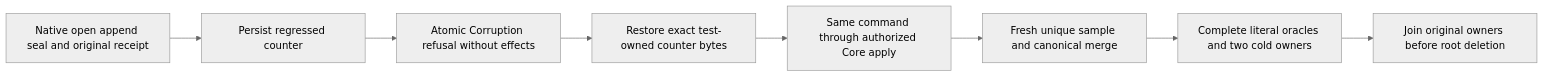
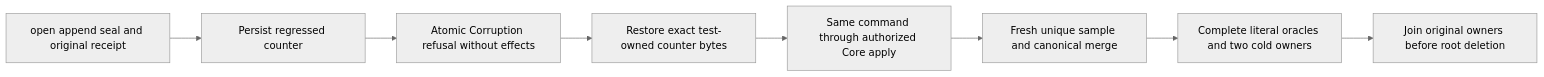
Before and after one commit to managedcode/KeyLoad: the diagram in docs/Features/TimeSeries/CanonicalSequenceIntegrity.md, drawn with Mermaid (neutral theme). The commit also changed other lines of this file and 9016 other files, not shown here.

````diff
--- a/docs/Features/TimeSeries/CanonicalSequenceIntegrity.md
+++ b/docs/Features/TimeSeries/CanonicalSequenceIntegrity.md
@@ -36,10 +36,10 @@
 ```mermaid
 flowchart LR
-    Seed[Native open append seal and original receipt] --> Fault[Persist regressed counter]
+    Seed[open append seal and original receipt] --> Fault[Persist regressed counter]
     Fault --> Refuse[Atomic Corruption refusal without effects]
     Refuse --> Repair[Restore exact test-owned counter bytes]
     Repair --> Retry[Same command through authorized Core apply]
     Retry --> Healthy[Fresh unique sample and canonical merge]
     Healthy --> Cold[Complete literal oracles and two cold owners]
     Cold --> Join[Join original owners before root deletion]
 ```
````
